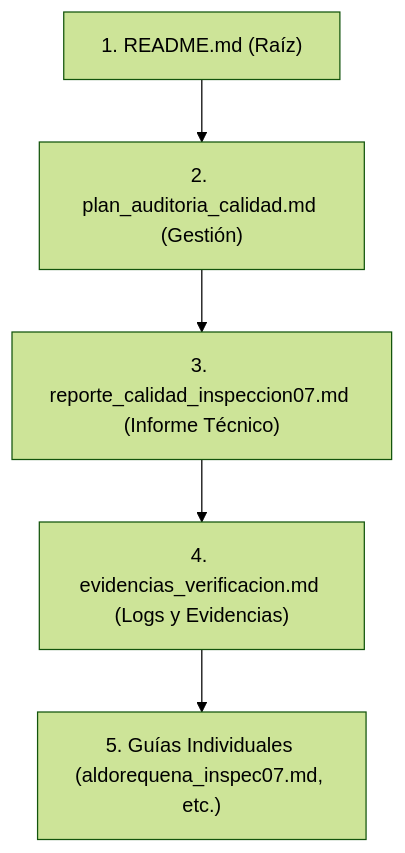
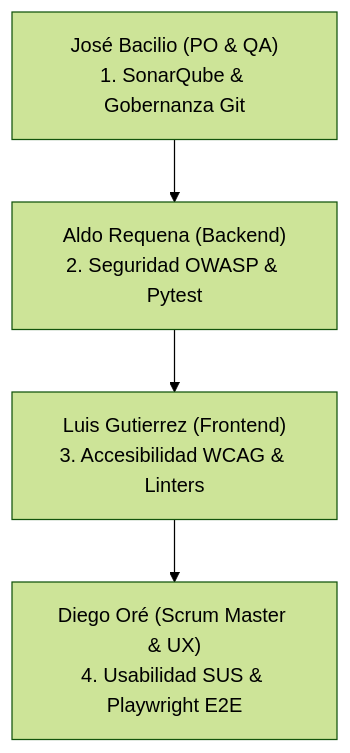
The diagram in docs/gestion/distribucion_exposicion_inspecciones.md (DiegoOreGonzales/TallerDeProyecto2), drawn with Mermaid (forest theme) before and after one commit. The commit also changed other lines of this file, not shown here.

Commit message:
docs(exposition): enhance master exposition guide and live execution step-by-step for Inspection 07

````diff
--- a/docs/gestion/distribucion_exposicion_inspecciones.md
+++ b/docs/gestion/distribucion_exposicion_inspecciones.md
@@ -11,7 +11,6 @@
 ```mermaid
 graph TD
-    A["1. README.md (Raíz)"] --> B["2. plan_auditoria_calidad.md (Gestión)"]
-    B --> C["3. reporte_calidad_inspeccion07.md (Informe Técnico)"]
-    C --> D["4. evidencias_verificacion.md (Logs y Evidencias)"]
-    D --> E["5. Guías Individuales (aldorequena_inspec07.md, etc.)"]
+    A["José Bacilio (PO & QA)<br>1. SonarQube & Gobernanza Git"] --> B["Aldo Requena (Backend)<br>2. Seguridad OWASP & Pytest"]
+    B --> C["Luis Gutierrez (Frontend)<br>3. Accesibilidad WCAG & Linters"]
+    C --> D["Diego Oré (Scrum Master & UX)<br>4. Usabilidad SUS & Playwright E2E"]
 ```
````
